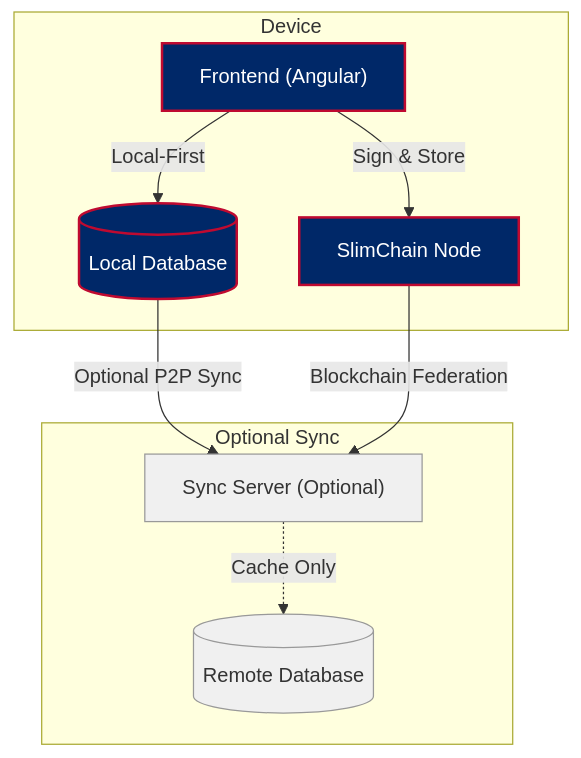
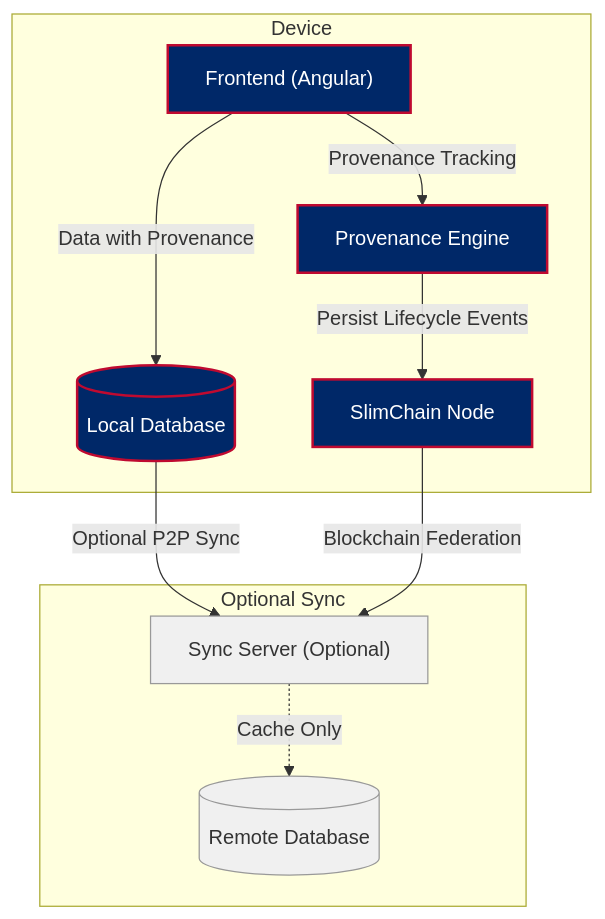
The diagram in forgeboard-frontend/src/assets/documentation/README.md (JeffreySanford/forge-board), drawn with Mermaid before and after one commit. The commit also changed other lines of this file and 13 other files, not shown here.

````diff
--- a/forgeboard-frontend/src/assets/documentation/README.md
+++ b/forgeboard-frontend/src/assets/documentation/README.md
@@ -17,25 +18,27 @@
 ```mermaid
 flowchart TD
     subgraph "Device"
         Frontend["Frontend (Angular)"]
         LocalDB[(Local Database)]
         LiteChain["SlimChain Node"]
+        Provenance["Provenance Engine"]
     end
     
     subgraph "Optional Sync"
         SyncServer["Sync Server (Optional)"]
         RemoteDB[(Remote Database)]
     end
     
-    Frontend -->|"Local-First"| LocalDB
-    Frontend -->|"Sign & Store"| LiteChain
+    Frontend -->|"Data with Provenance"| LocalDB
+    Frontend -->|"Provenance Tracking"| Provenance
+    Provenance -->|"Persist Lifecycle Events"| LiteChain
     LocalDB -->|"Optional P2P Sync"| SyncServer
     LiteChain -->|"Blockchain Federation"| SyncServer
     SyncServer -.->|"Cache Only"| RemoteDB
     
-    class Frontend,LocalDB,LiteChain local;
+    class Frontend,LocalDB,LiteChain,Provenance local;
     class SyncServer,RemoteDB remote;
     
     classDef local fill:#002868,color:#FFFFFF,stroke:#BF0A30,stroke-width:2px;
     classDef remote fill:#F0F0F0,color:#333333,stroke:#999999,stroke-width:1px;
 ```
````
